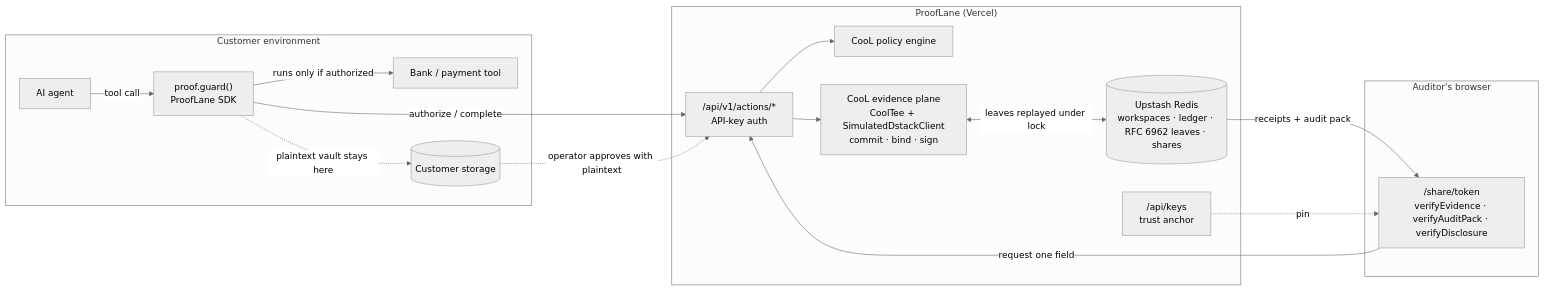
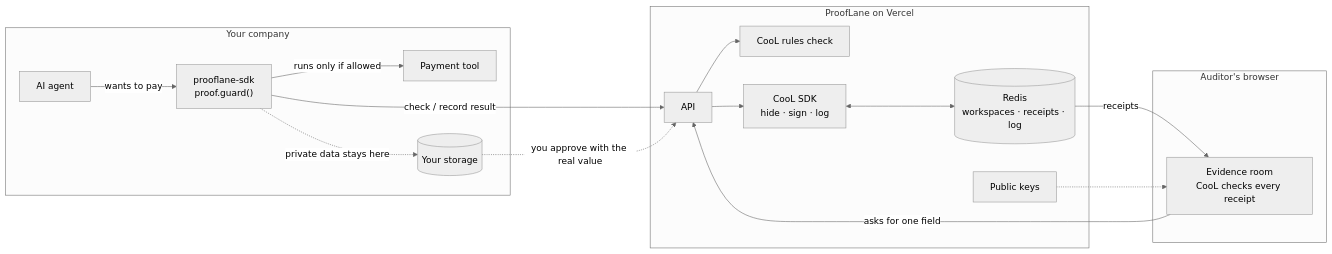
Before and after one commit to charansaiponnada/prooflane-mvp: the diagram in README.md, drawn with Mermaid (neutral theme). The commit also changed other lines of this file, not shown here.

````diff
--- a/README.md
+++ b/README.md
@@ -82,22 +86,22 @@
 ```mermaid
 flowchart LR
-  subgraph Customer["Customer environment"]
-    AG[AI agent] -->|tool call| SDK["proof.guard()<br/>ProofLane SDK"]
-    SDK -->|runs only if authorized| TOOL[Bank / payment tool]
-    SDK -.->|plaintext vault stays here| VAULT[(Customer storage)]
+  subgraph Customer["Your company"]
+    AG[AI agent] -->|wants to pay| SDK["prooflane-sdk<br/>proof.guard()"]
+    SDK -->|runs only if allowed| TOOL[Payment tool]
+    SDK -.->|private data stays here| VAULT[(Your storage)]
   end
-  subgraph ProofLane["ProofLane (Vercel)"]
-    API["/api/v1/actions/*<br/>API-key auth"] --> POL[CooL policy engine]
-    API --> PLANE["CooL evidence plane<br/>CoolTee + SimulatedDstackClient<br/>commit · bind · sign"]
-    PLANE <-->|leaves replayed under lock| KV[(Upstash Redis<br/>workspaces · ledger · RFC 6962 leaves · shares)]
-    KEYS["/api/keys<br/>trust anchor"]
+  subgraph ProofLane["ProofLane on Vercel"]
+    API[API] --> POL[CooL rules check]
+    API --> PLANE[CooL SDK<br/>hide · sign · log]
+    PLANE <--> KV[(Redis<br/>workspaces · receipts · log)]
+    KEYS[Public keys]
   end
-  SDK -->|authorize / complete| API
+  SDK -->|check / record result| API
   subgraph Auditor["Auditor's browser"]
-    ROOM["/share/token<br/>verifyEvidence · verifyAuditPack · verifyDisclosure"]
+    ROOM[Evidence room<br/>CooL checks every receipt]
   end
-  KV -->|receipts + audit pack| ROOM
-  KEYS -.->|pin| ROOM
-  ROOM -->|request one field| API
-  VAULT -.->|operator approves with plaintext| API
+  KV -->|receipts| ROOM
+  KEYS -.-> ROOM
+  ROOM -->|asks for one field| API
+  VAULT -.->|you approve with the real value| API
 ```
````
